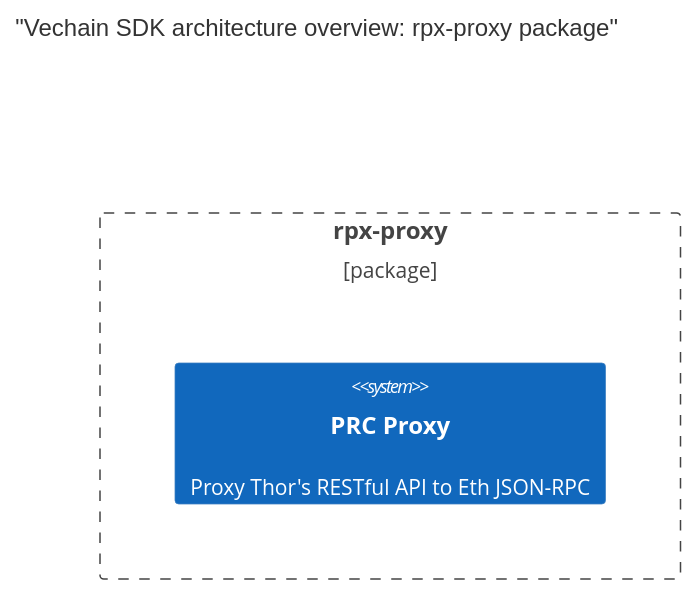
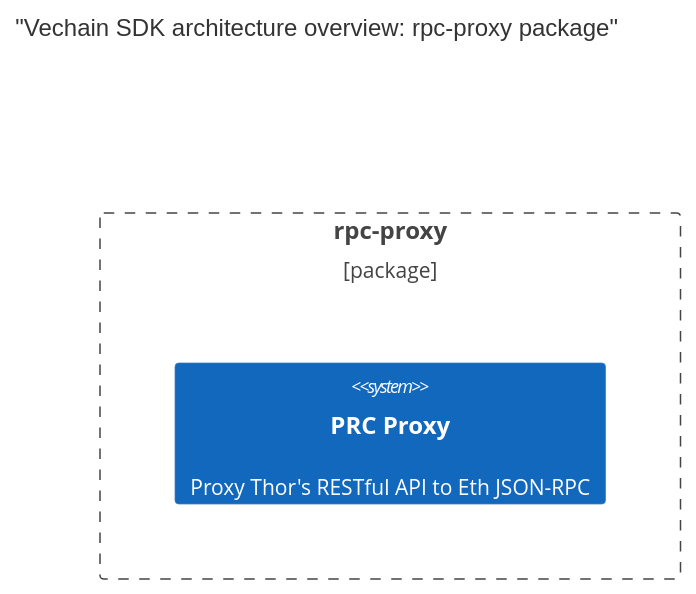
One commit to vechain/vechain-sdk-js changed the diagram in docs/diagrams/architecture/rpc-proxy-package.md. Above: the diagram before and after it, drawn with Mermaid. The commit also changed other lines of this file and 1 other file, not shown here.

Commit message:
fix: fix typos

````diff
--- a/docs/diagrams/architecture/rpc-proxy-package.md
+++ b/docs/diagrams/architecture/rpc-proxy-package.md
@@ -5,8 +5,8 @@
 ```mermaid
 C4Context
-    title "Vechain SDK architecture overview: rpx-proxy package"
+    title "Vechain SDK architecture overview: rpc-proxy package"
 
-    Boundary(b0, "rpx-proxy", "package") {
-        System(rpx-proxy, "PRC Proxy", "Proxy Thor's RESTful API to Eth JSON-RPC")
+    Boundary(b0, "rpc-proxy", "package") {
+        System(rpc-proxy, "PRC Proxy", "Proxy Thor's RESTful API to Eth JSON-RPC")
     }
 ```
````
